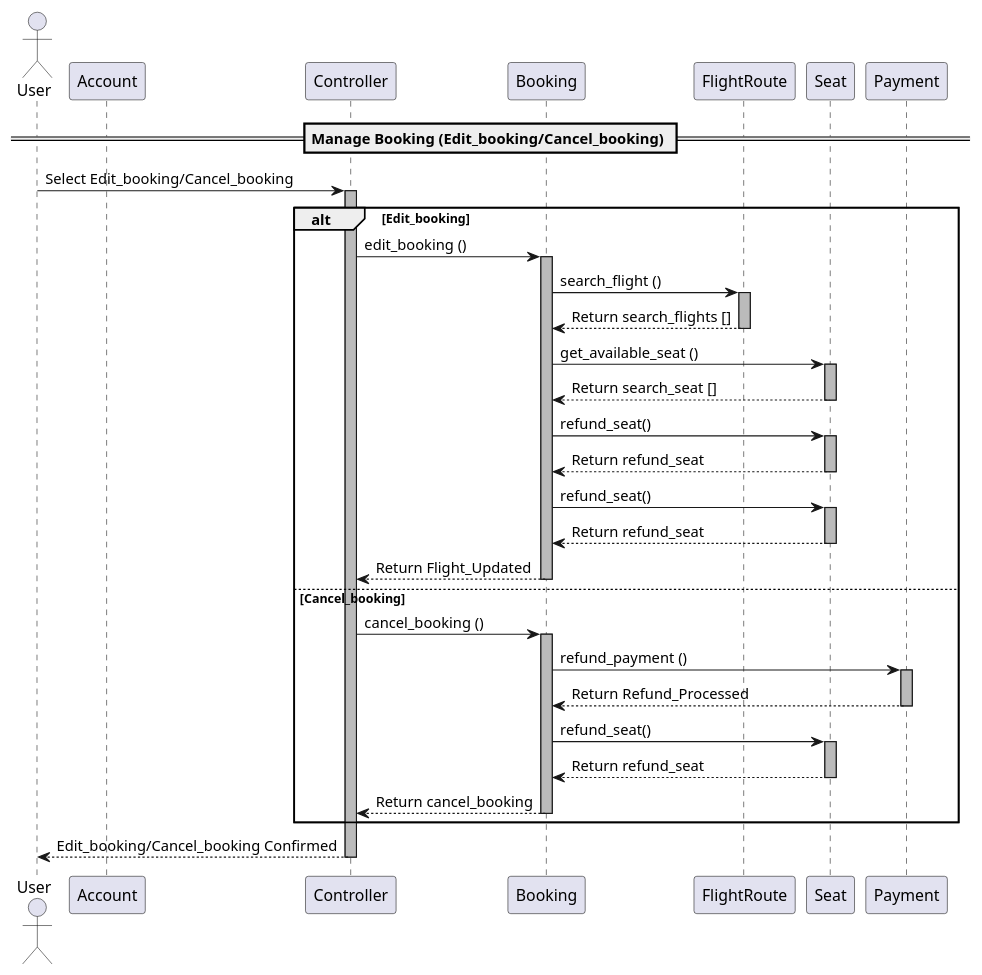
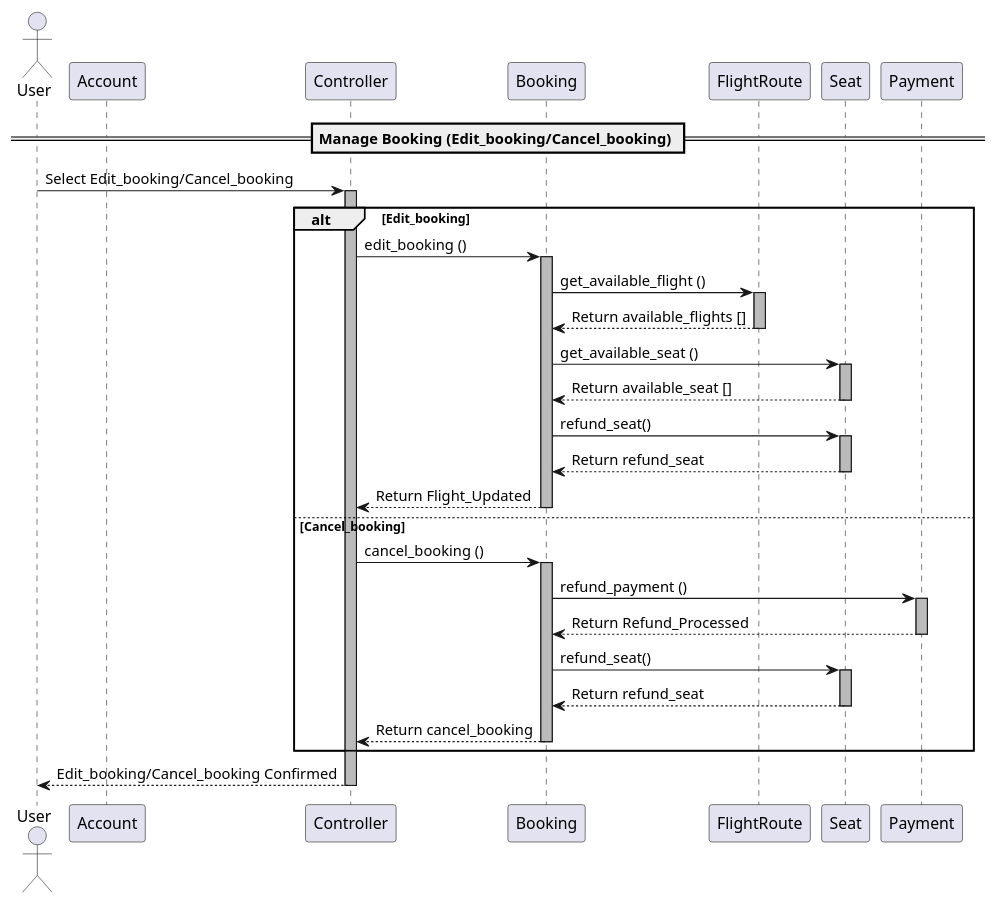
One commit to Nonnnchun/OOP_project changed the diagram in sequenceDiagram/sequenceManagebooking.plantuml. Above: the diagram before and after it, drawn with PlantUML. The commit also changed 1 other file, not shown here.

Commit message:
sequenceManagebooking,userCaseDiagram

```diff
--- a/sequenceDiagram/sequenceManagebooking.plantuml
+++ b/sequenceDiagram/sequenceManagebooking.plantuml
@@ -1,55 +1,51 @@
 @startuml
 actor "User" as user
 participant Account
 participant Controller
 participant Booking
 participant FlightRoute
 participant Seat
 participant Payment
 
 == Manage Booking (Edit_booking/Cancel_booking) ==
 
 user -> Controller: Select Edit_booking/Cancel_booking
 activate Controller #BBBBBB
 alt Edit_booking
     Controller -> Booking: edit_booking ()
     activate Booking #BBBBBB
-    Booking -> FlightRoute: search_flight ()
+    Booking -> FlightRoute: get_available_flight ()
     activate FlightRoute #BBBBBB
-    FlightRoute --> Booking: Return search_flights []
+    FlightRoute --> Booking: Return available_flights []
     deactivate FlightRoute
     Booking -> Seat:get_available_seat ()
     activate Seat #BBBBBB
-    Seat --> Booking:Return search_seat []
-    deactivate Seat
-    Booking -> Seat:refund_seat()
-    activate Seat #BBBBBB
-    Seat--> Booking:Return refund_seat
+    Seat --> Booking:Return available_seat []
     deactivate Seat
     Booking -> Seat:refund_seat()
     activate Seat #BBBBBB
     Seat--> Booking:Return refund_seat
     deactivate Seat
     Booking --> Controller: Return Flight_Updated
     deactivate Booking
 
 else Cancel_booking
     Controller -> Booking: cancel_booking ()
     activate Booking #BBBBBB
     Booking -> Payment: refund_payment ()
     activate Payment #BBBBBB
     Payment --> Booking: Return Refund_Processed
     deactivate Payment
     Booking -> Seat:refund_seat()
     activate Seat #BBBBBB
     Seat--> Booking:Return refund_seat
     deactivate Seat
     Booking --> Controller: Return cancel_booking
-    
+
     deactivate Booking
-    
+
 end
 
 Controller -->user: Edit_booking/Cancel_booking Confirmed
 deactivate Controller
-@enduml
+@enduml 
```
